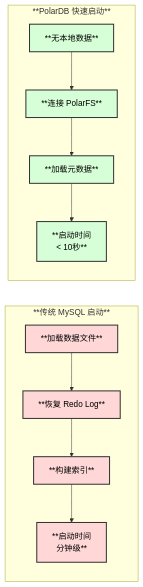
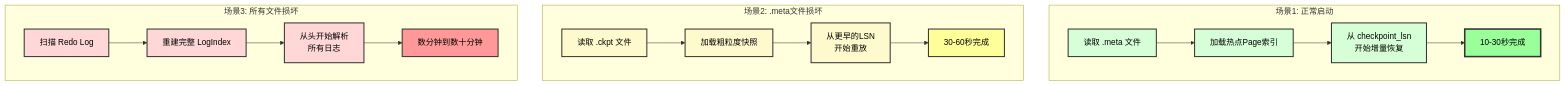
One commit to victor1589007281/percona-server changed diagram 14 of 29 in vdocs/design/PolarDB_Architecture.md. Above: the diagram before and after it, drawn with Mermaid. The commit also changed other lines of this file and 141 other files, not shown here.

````diff
--- a/vdocs/design/PolarDB_Architecture.md
+++ b/vdocs/design/PolarDB_Architecture.md
@@ -448,33 +1084,50 @@
 ```mermaid
-graph LR
-    subgraph "**传统 MySQL 启动**"
-        A[**加载数据文件**]
-        B[**恢复 Redo Log**]
-        C[**构建索引**]
-        D[**启动时间<br/>分钟级**]
+graph TB
+    subgraph "场景1: 正常启动"
+        A1["读取 .meta 文件"]
+        A2["加载热点Page索引"]
+        A3["从 checkpoint_lsn<br/>开始增量恢复"]
+        A4["10-30秒完成"]
     end
     
-    subgraph "**PolarDB 快速启动**"
-        E[**无本地数据**]
-        F[**连接 PolarFS**]
-        G[**加载元数据**]
-        H[**启动时间<br/>&lt; 10秒**]
+    subgraph "场景2: .meta文件损坏"
+        B1["读取 .ckpt 文件"]
+        B2["加载粗粒度快照"]
+        B3["从更早的LSN<br/>开始重放"]
+        B4["30-60秒完成"]
     end
     
-    A --> B
-    B --> C
-    C --> D
+    subgraph "场景3: 所有文件损坏"
+        C1["扫描 Redo Log"]
+        C2["重建完整 LogIndex"]
+        C3["从头开始解析<br/>所有日志"]
+        C4["数分钟到数十分钟"]
+    end
     
-    E --> F
-    F --> G
-    G --> H
+    A1 --> A2
+    A2 --> A3
+    A3 --> A4
     
-    style A fill:#ffd7d7,stroke:#333,stroke-width:2px,color:#000
-    style B fill:#ffd7d7,stroke:#333,stroke-width:2px,color:#000
-    style C fill:#ffd7d7,stroke:#333,stroke-width:2px,color:#000
-    style D fill:#ffd7d7,stroke:#333,stroke-width:2px,color:#000
-    style E fill:#d7ffd7,stroke:#333,stroke-width:2px,color:#000
-    style F fill:#d7ffd7,stroke:#333,stroke-width:2px,color:#000
-    style G fill:#d7ffd7,stroke:#333,stroke-width:2px,color:#000
-    style H fill:#d7ffd7,stroke:#333,stroke-width:2px,color:#000
+    B1 --> B2
+    B2 --> B3
+    B3 --> B4
+    
+    C1 --> C2
+    C2 --> C3
+    C3 --> C4
+    
+    style A1 fill:#d7ffd7,stroke:#333,stroke-width:2px,color:#000
+    style A2 fill:#d7ffd7,stroke:#333,stroke-width:2px,color:#000
+    style A3 fill:#d7ffd7,stroke:#333,stroke-width:2px,color:#000
+    style A4 fill:#99ff99,stroke:#333,stroke-width:3px,color:#000
+    
+    style B1 fill:#fffacd,stroke:#333,stroke-width:2px,color:#000
+    style B2 fill:#fffacd,stroke:#333,stroke-width:2px,color:#000
+    style B3 fill:#fffacd,stroke:#333,stroke-width:2px,color:#000
+    style B4 fill:#ffff99,stroke:#333,stroke-width:2px,color:#000
+    
+    style C1 fill:#ffd7d7,stroke:#333,stroke-width:2px,color:#000
+    style C2 fill:#ffd7d7,stroke:#333,stroke-width:2px,color:#000
+    style C3 fill:#ffd7d7,stroke:#333,stroke-width:2px,color:#000
+    style C4 fill:#ff9999,stroke:#333,stroke-width:2px,color:#000
 ```
````
